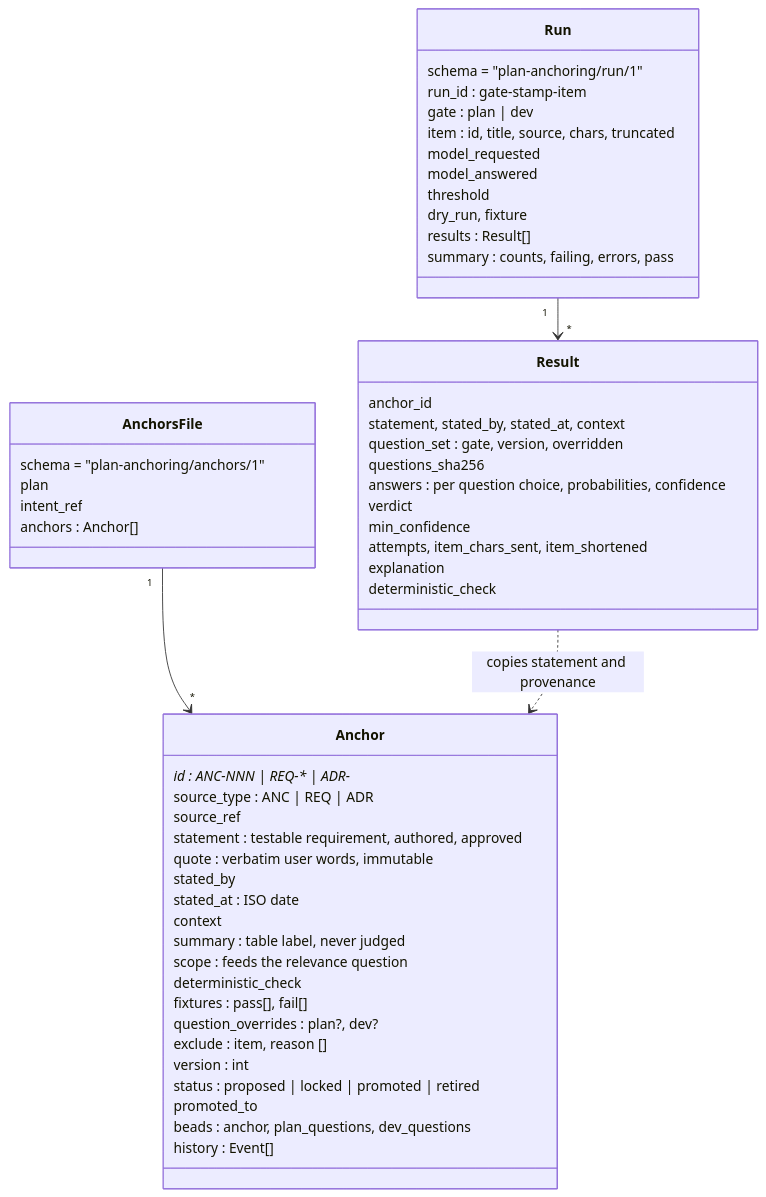
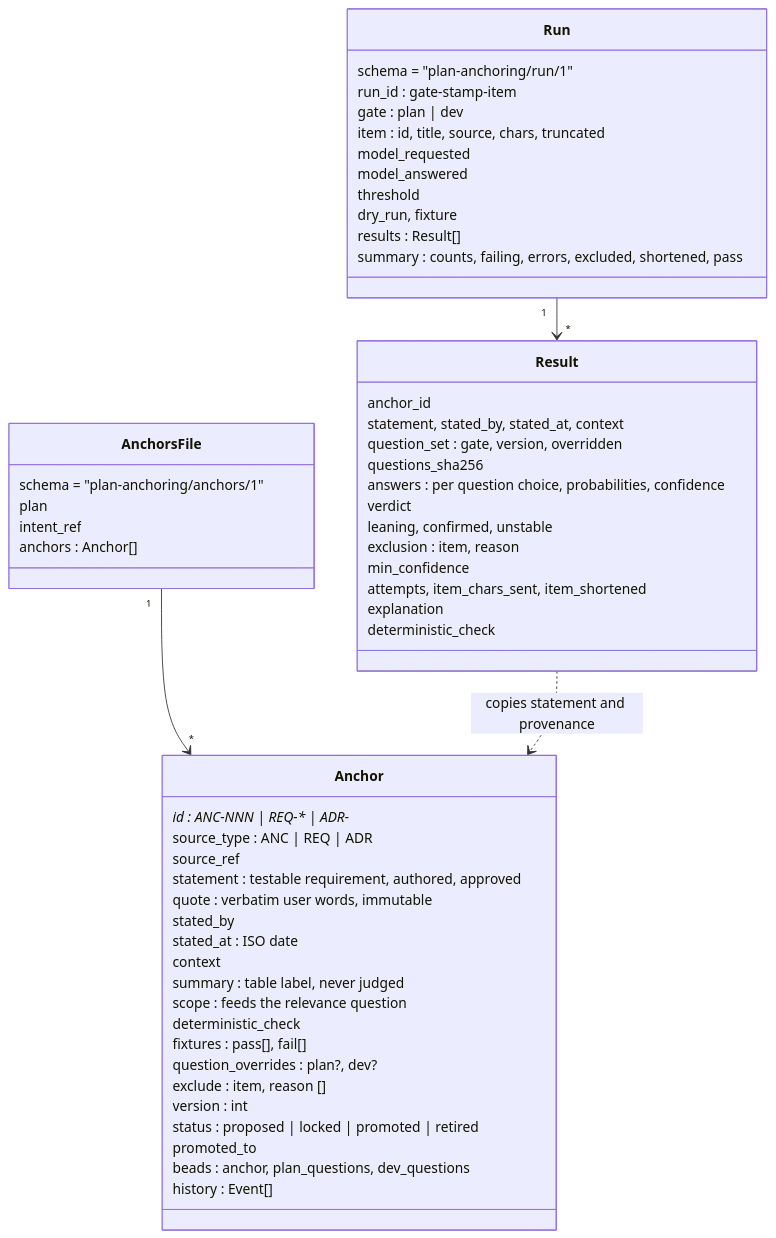
The second of 6 diagrams in docs/design/data-model-and-gating.md (randlee/plan-anchor), drawn with Mermaid before and after one commit. The commit also changed other lines of this file and 4 other files, not shown here.

````diff
--- a/docs/design/data-model-and-gating.md
+++ b/docs/design/data-model-and-gating.md
@@ -41,57 +43,59 @@
 ```mermaid
 classDiagram
     class AnchorsFile {
         schema = "plan-anchoring/anchors/1"
         plan
         intent_ref
         anchors : Anchor[]
     }
     class Anchor {
         id : ANC-NNN | REQ-* | ADR-*
         source_type : ANC | REQ | ADR
         source_ref
         statement : testable requirement, authored, approved
         quote : verbatim user words, immutable
         stated_by
         stated_at : ISO date
         context
         summary : table label, never judged
         scope : feeds the relevance question
         deterministic_check
         fixtures : pass[], fail[]
         question_overrides : plan?, dev?
         exclude : item, reason []
         version : int
         status : proposed | locked | promoted | retired
         promoted_to
         beads : anchor, plan_questions, dev_questions
         history : Event[]
     }
     class Run {
         schema = "plan-anchoring/run/1"
         run_id : gate-stamp-item
         gate : plan | dev
         item : id, title, source, chars, truncated
         model_requested
         model_answered
         threshold
         dry_run, fixture
         results : Result[]
-        summary : counts, failing, errors, pass
+        summary : counts, failing, errors, excluded, shortened, pass
     }
     class Result {
         anchor_id
         statement, stated_by, stated_at, context
         question_set : gate, version, overridden
         questions_sha256
         answers : per question choice, probabilities, confidence
         verdict
+        leaning, confirmed, unstable
+        exclusion : item, reason
         min_confidence
         attempts, item_chars_sent, item_shortened
         explanation
         deterministic_check
     }
     AnchorsFile "1" --> "*" Anchor
     Run "1" --> "*" Result
     Result ..> Anchor : copies statement and provenance
 ```
````
